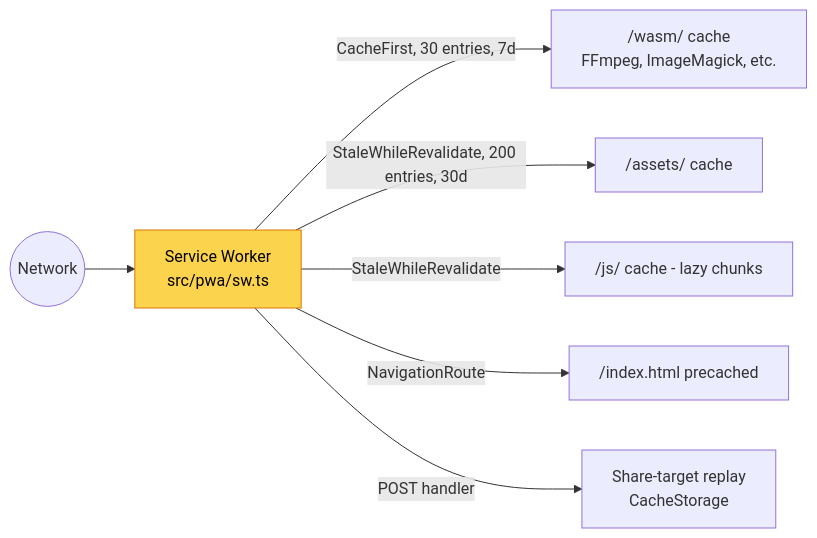
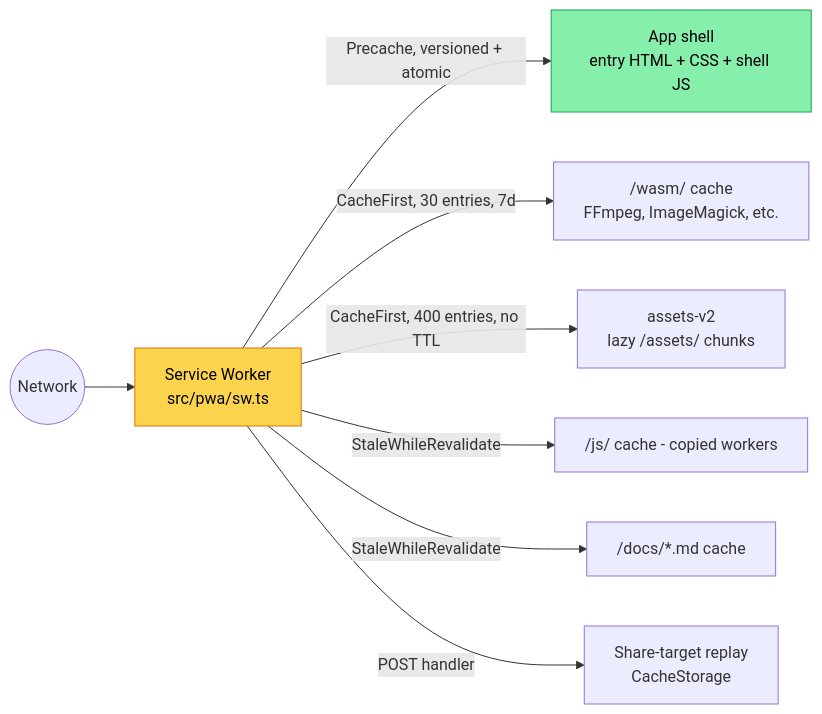
One commit to ogfrench/frogConvert changed the sixth of 9 diagrams in docs/ARCHITECTURE.md. Above: the diagram before and after it, drawn with Mermaid. The commit also changed other lines of this file and 7 other files, not shown here.

````diff
--- a/docs/ARCHITECTURE.md
+++ b/docs/ARCHITECTURE.md
@@ -184,11 +186,13 @@
 ```mermaid
 flowchart LR
     Net((Network)) --> SW["Service Worker<br/>src/pwa/sw.ts"]
+    SW -->|Precache, versioned + atomic| SH["App shell<br/>entry HTML + CSS + shell JS"]
     SW -->|CacheFirst, 30 entries, 7d| WC["/wasm/ cache<br/>FFmpeg, ImageMagick, etc."]
-    SW -->|StaleWhileRevalidate, 200 entries, 30d| AC["/assets/ cache"]
-    SW -->|StaleWhileRevalidate| JC["/js/ cache - lazy chunks"]
-    SW -->|NavigationRoute| HTML["/index.html precached"]
+    SW -->|CacheFirst, 400 entries, no TTL| AC["assets-v2<br/>lazy /assets/ chunks"]
+    SW -->|StaleWhileRevalidate| JC["/js/ cache - copied workers"]
+    SW -->|StaleWhileRevalidate| DC["/docs/*.md cache"]
     SW -->|POST handler| ST["Share-target replay<br/>CacheStorage"]
 
     style SW fill:#fcd34d,stroke:#d97706,color:#000
+    style SH fill:#86efac,stroke:#16a34a,color:#000
 ```
````
